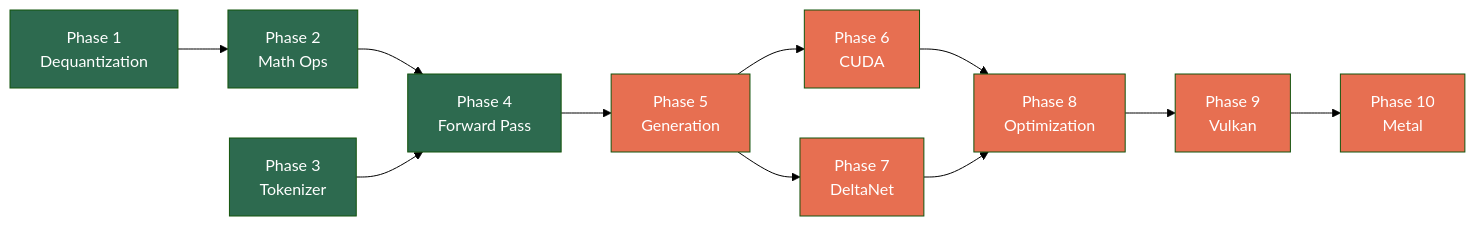
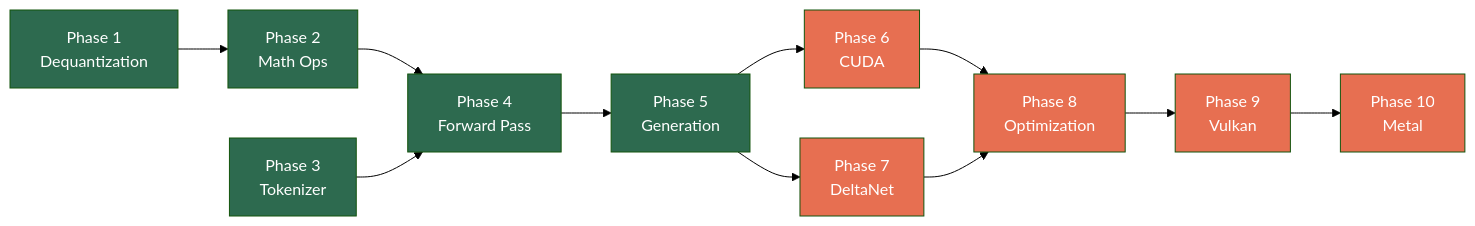
The diagram in README.md (MjrTom/daisi-llogos), drawn with Mermaid (forest theme) before and after one commit. The commit also changed other lines of this file and 7 other files, not shown here.

````diff
--- a/README.md
+++ b/README.md
@@ -56,32 +59,32 @@
 ```mermaid
 flowchart LR
     P1["Phase 1\nDequantization"]
     P2["Phase 2\nMath Ops"]
     P3["Phase 3\nTokenizer"]
     P4["Phase 4\nForward Pass"]
     P5["Phase 5\nGeneration"]
     P6["Phase 6\nCUDA"]
     P7["Phase 7\nDeltaNet"]
     P8["Phase 8\nOptimization"]
     P9["Phase 9\nVulkan"]
     P10["Phase 10\nMetal"]
 
     P1 --> P2 --> P4
     P3 --> P4 --> P5
     P5 --> P6
     P5 --> P7
     P6 --> P8
     P7 --> P8
     P8 --> P9 --> P10
 
     style P1 fill:#2d6a4f,color:#fff
     style P2 fill:#2d6a4f,color:#fff
     style P3 fill:#2d6a4f,color:#fff
     style P4 fill:#2d6a4f,color:#fff
-    style P5 fill:#e76f51,color:#fff
+    style P5 fill:#2d6a4f,color:#fff
     style P6 fill:#e76f51,color:#fff
     style P7 fill:#e76f51,color:#fff
     style P8 fill:#e76f51,color:#fff
     style P9 fill:#e76f51,color:#fff
     style P10 fill:#e76f51,color:#fff
 ```
````
